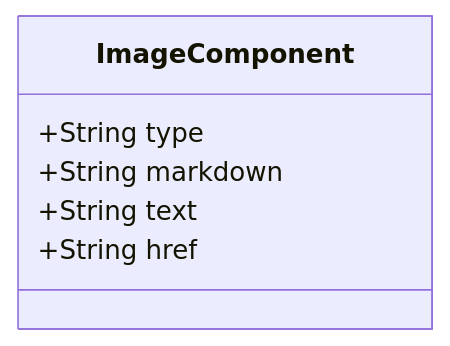
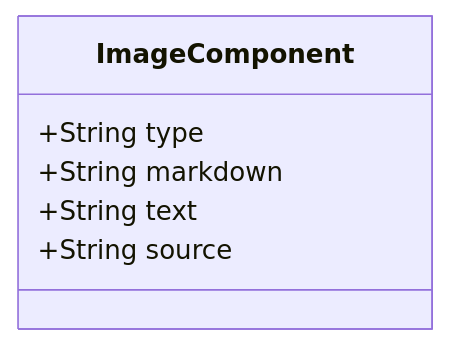
The diagram in docs/ca-document-object-model/component-image.md (mattbriggs/tech-doc-generator), drawn with Mermaid before and after one commit. The commit also changed other lines of this file and 10 other files, not shown here.

````diff
--- a/docs/ca-document-object-model/component-image.md
+++ b/docs/ca-document-object-model/component-image.md
@@ -9,9 +9,9 @@
 ```mermaid
 classDiagram
     class ImageComponent {
         +String type
         +String markdown
         +String text
-        +String href
+        +String source
     }
 ```
````
